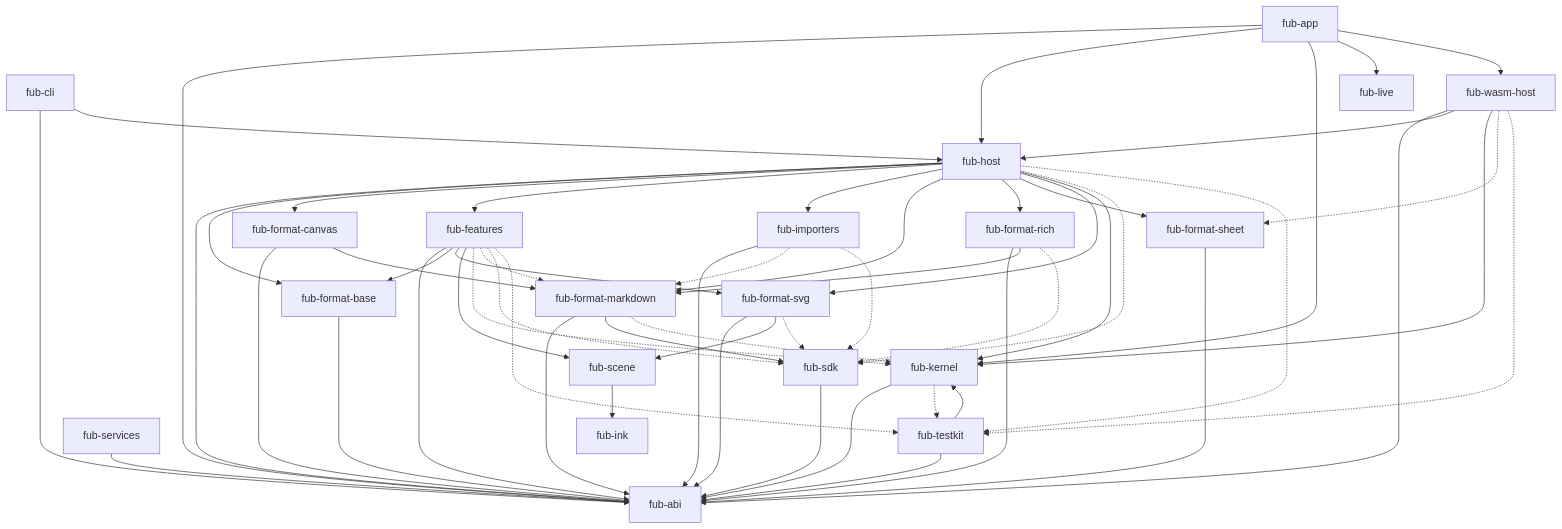
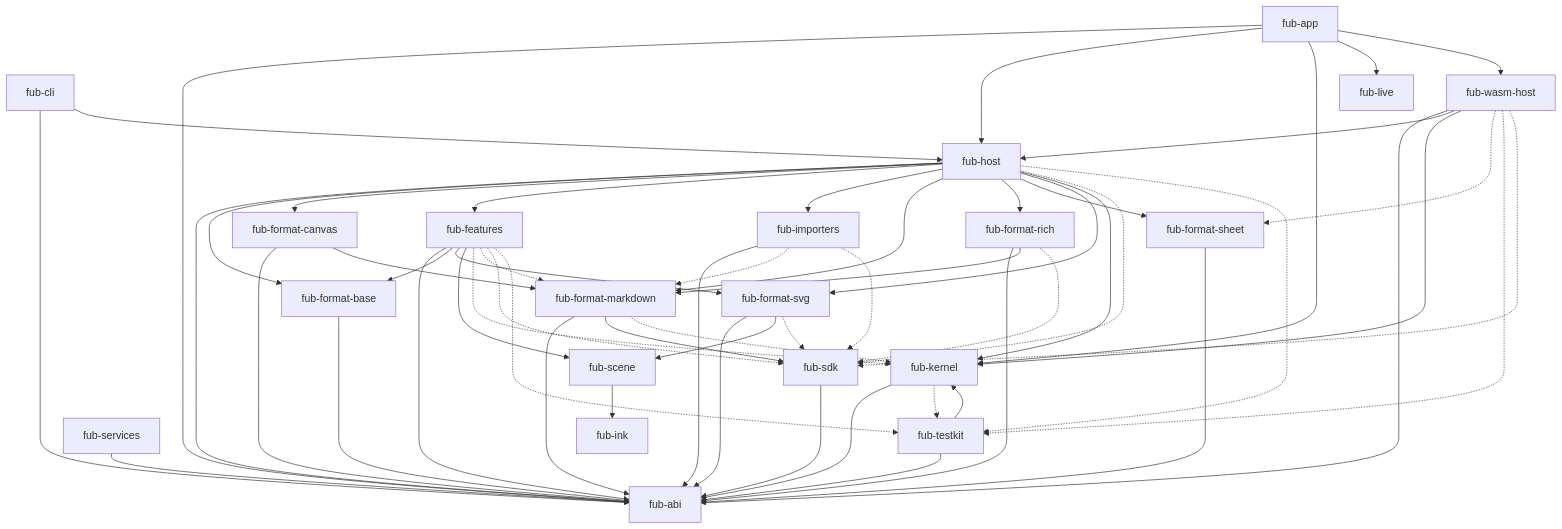
One commit to Fubeo/Fub changed the first of 4 diagrams in docs/architecture/overview.md. Above: the diagram before and after it, drawn with Mermaid. The commit also changed 7 other files, not shown here.

```diff
--- a/docs/architecture/overview.md
+++ b/docs/architecture/overview.md
@@ -104,6 +104,7 @@
     host -.-> testkit
     wasmhost -.-> sheet
     wasmhost -.-> testkit
+    wasmhost -.-> sdk
     importers -.-> markdown
     importers -.-> sdk
     svg -.-> sdk
```
